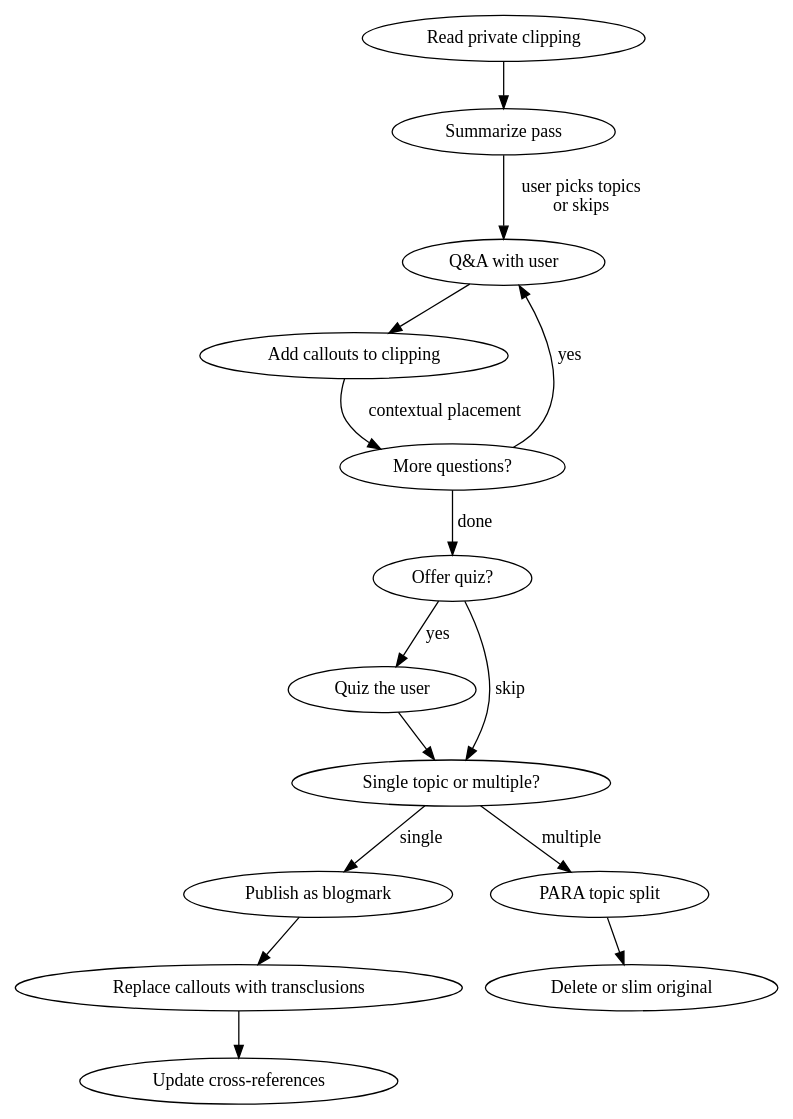
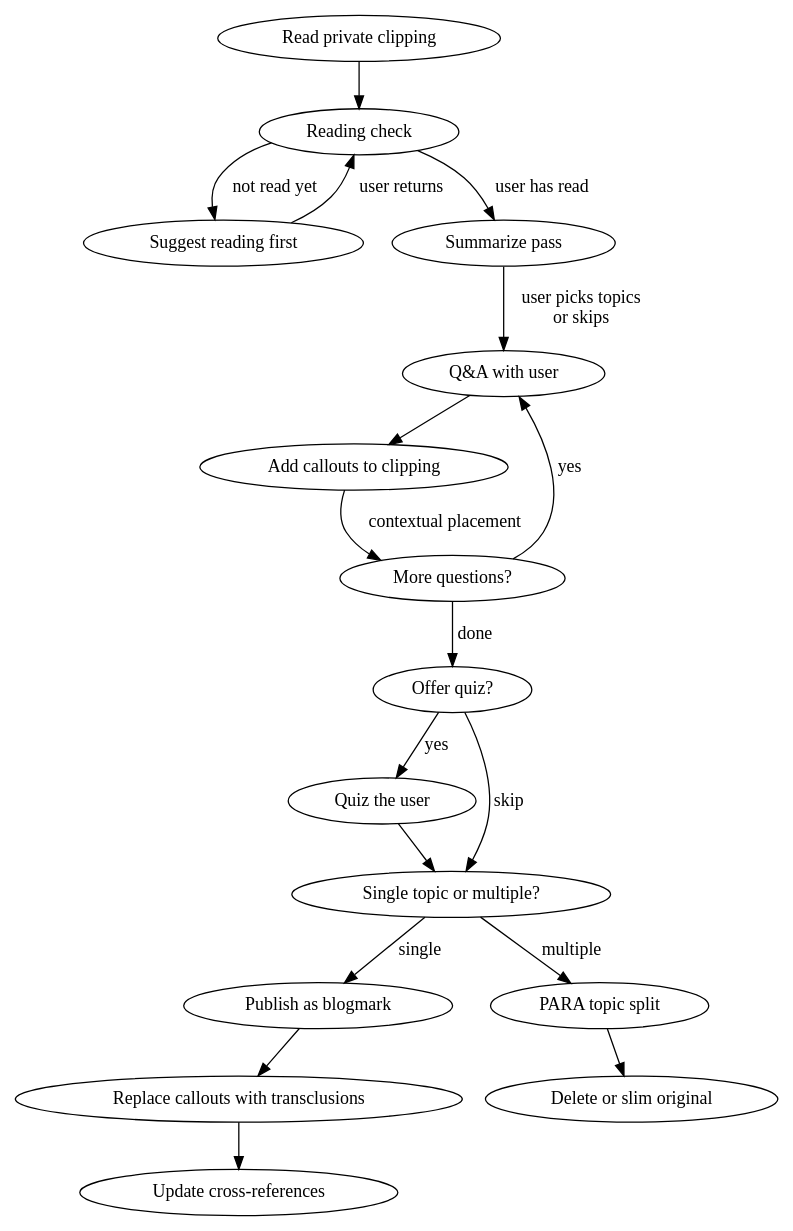
Before and after one commit to ziyunli/quartz: the diagram in .claude/skills/studying-articles/SKILL.md, drawn with Graphviz. The commit also changed other lines of this file, not shown here.

First line of the commit message:
chore(studying-articles): add reading confirmation step to study flow

````diff
--- a/.claude/skills/studying-articles/SKILL.md
+++ b/.claude/skills/studying-articles/SKILL.md
@@ -14,18 +14,21 @@
 ```dot
 digraph study_flow {
-  "Read private clipping" -> "Summarize pass";
+  "Read private clipping" -> "Reading check";
+  "Reading check" -> "Suggest reading first" [label="not read yet"];
+  "Suggest reading first" -> "Reading check" [label="user returns"];
+  "Reading check" -> "Summarize pass" [label="user has read"];
   "Summarize pass" -> "Q&A with user" [label="user picks topics\nor skips"];
   "Q&A with user" -> "Add callouts to clipping";
   "Add callouts to clipping" -> "More questions?" [label="contextual placement"];
   "More questions?" -> "Q&A with user" [label="yes"];
   "More questions?" -> "Offer quiz?" [label="done"];
   "Offer quiz?" -> "Quiz the user" [label="yes"];
   "Quiz the user" -> "Single topic or multiple?";
   "Offer quiz?" -> "Single topic or multiple?" [label="skip"];
   "Single topic or multiple?" -> "Publish as blogmark" [label="single"];
   "Single topic or multiple?" -> "PARA topic split" [label="multiple"];
   "Publish as blogmark" -> "Replace callouts with transclusions";
   "Replace callouts with transclusions" -> "Update cross-references";
   "PARA topic split" -> "Delete or slim original";
 }
 ```
````
